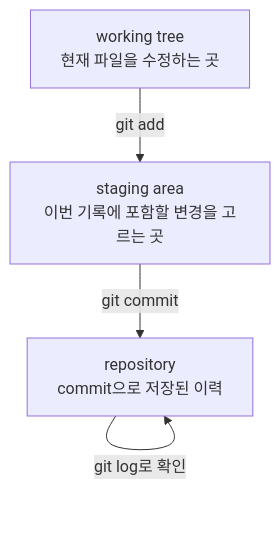
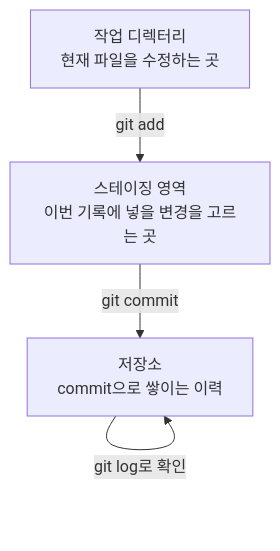
Before and after one commit to devchan64/AiBook: the diagram in docs/parts/part-02/chapter-14/section-01.md, drawn with Mermaid. The commit also changed 17 other files, not shown here.

Commit message:
docs: localize more part 2 mermaid diagrams

````diff
--- a/docs/parts/part-02/chapter-14/section-01.md
+++ b/docs/parts/part-02/chapter-14/section-01.md
@@ -81,10 +81,10 @@
 ```mermaid
 flowchart TD
-  A["working tree<br/>현재 파일을 수정하는 곳"]
-  B["staging area<br/>이번 기록에 포함할 변경을 고르는 곳"]
-  C["repository<br/>commit으로 저장된 이력"]
+  A["작업 디렉터리<br/>현재 파일을 수정하는 곳"]
+  B["스테이징 영역<br/>이번 기록에 넣을 변경을 고르는 곳"]
+  C["저장소<br/>commit으로 쌓이는 이력"]
 
   A -->|"git add"| B
   B -->|"git commit"| C
   C -->|"git log로 확인"| C
 ```
````
